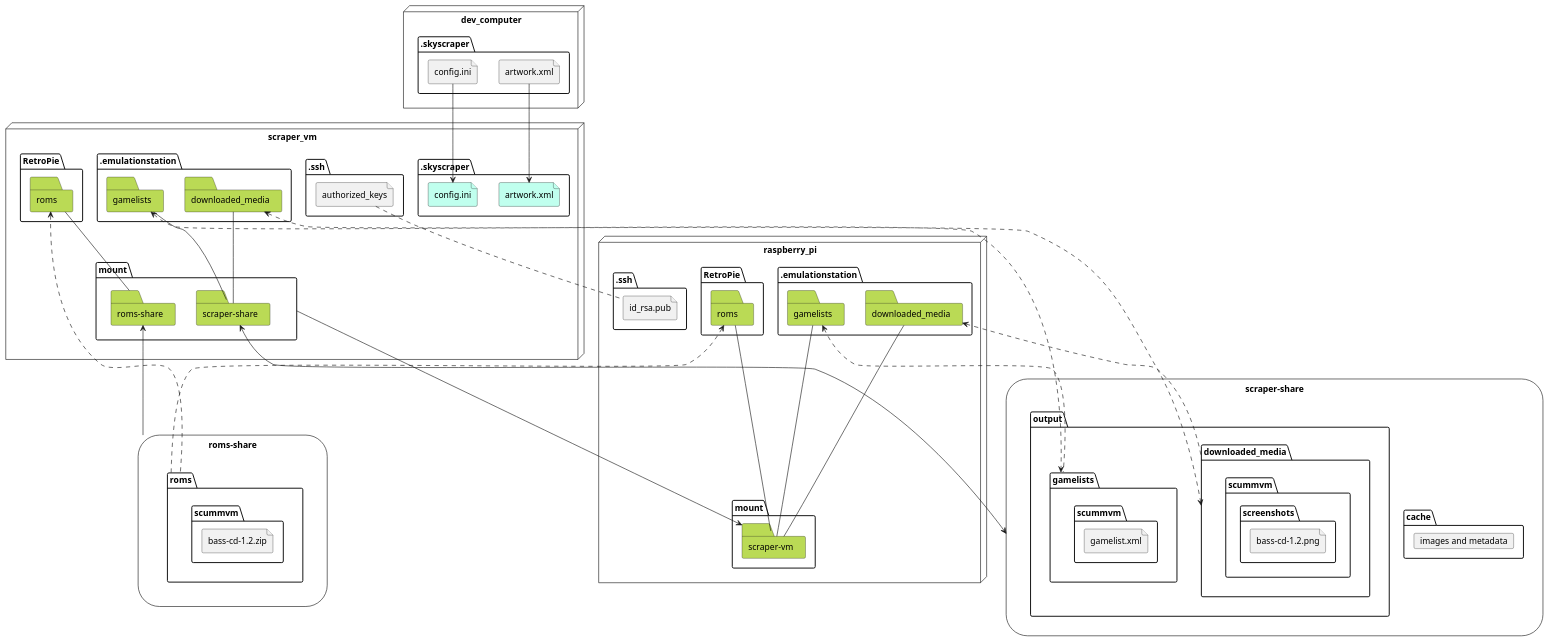
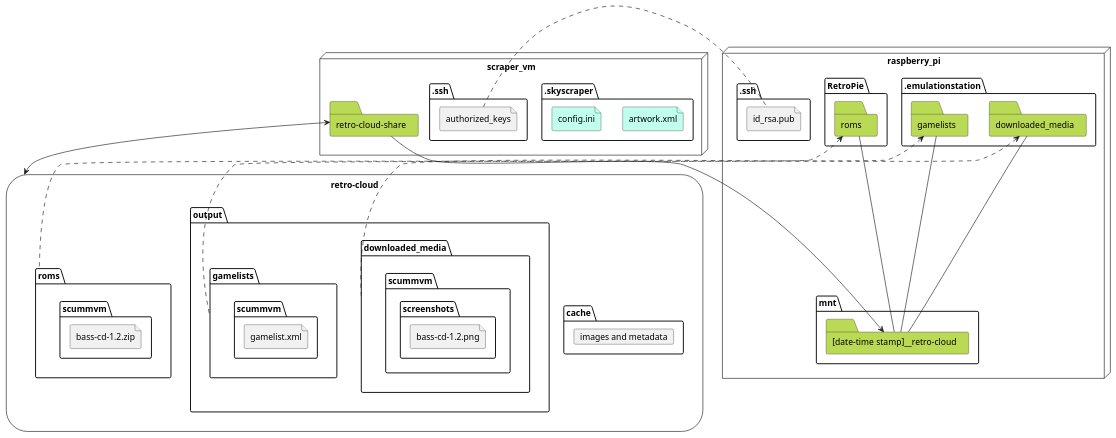
Before and after one commit to seriema/retro-cloud: the diagram in diagrams/filestructure.plantuml, drawn with PlantUML. The commit also changed 3 other files, not shown here.

First line of the commit message:
docs: Update diagrams

```diff
--- a/diagrams/filestructure.plantuml
+++ b/diagrams/filestructure.plantuml
@@ -1,107 +1,73 @@
 @startuml filestructure
 
-storage "roms-share" as roms_share {
-    folder roms as roms_roms {
-        folder "scummvm" as roms_scummvm {
-            file "bass-cd-1.2.zip"
-        }
-    }
-}
-
-storage "scraper-share" as scraper_share {
+storage "retro-cloud" as scraper_share {
     folder cache {
         card "images and metadata"
     }
     folder output {
         folder downloaded_media as scraper_downloadedmedia {
             folder "scummvm" as scraper_downloadedmedia_scummvm {
                 folder screenshots {
                     file "bass-cd-1.2.png"
                 }
             }
         }
         folder gamelists as scraper_gamelists {
             folder "scummvm" as scraper_gamelists_scummvm {
                 file "gamelist.xml"
             }
         }
     }
+    folder roms as roms_roms {
+        folder "scummvm" as roms_scummvm {
+            file "bass-cd-1.2.zip"
+        }
+    }
 }
 
 node raspberry_pi {
     folder ".emulationstation" as raspberrypi_emulationstation {
         folder downloaded_media as raspberrypi_downloaded_media #BADA55
         folder gamelists as raspberrypi_gamelists #BADA55
     }
     folder RetroPie as raspberrpi_retropie {
         folder roms as raspberrypi_roms #BADA55
     }
     folder ".ssh" as raspberrypi_ssh {
         file "id_rsa.pub" as id_rsa
     }
-    folder mount as raspberrypi_mount {
-        folder "scraper-vm" as raspberrypi_scrapervm #BADA55
+    folder mnt as raspberrypi_mount {
+        folder "[date-time stamp]__retro-cloud" as raspberrypi_scrapervm #BADA55
     }
 }
 
 node scraper_vm {
     folder ".skyscraper" as scrapervm_skyscraper {
         file "artwork.xml" as scrapervm_artwork #C0FFEE
         file "config.ini" as scrapervm_config #C0FFEE
     }
-    folder ".emulationstation" as scrapervm_emulationstation {
-        folder downloaded_media as scrapervm_downloaded_media #BADA55
-        folder gamelists as scrapervm_gamelists #BADA55
-    }
-    folder "RetroPie" as scrapervm_retropie {
-        folder roms as scrapervm_roms #BADA55
-    }
     folder ".ssh" {
         file authorized_keys
     }
-    folder mount as scrapervm_mount {
-        folder "scraper-share" as scrapervm_scrapershare #BADA55
-        folder "roms-share" as scrapervm_romsshare #BADA55
-    }
+    folder "retro-cloud-share" as scrapervm_mount #BADA55
 }
-
-node dev_computer {
-    folder ".skyscraper" as dev_skyscraper {
-        file "artwork.xml" as dev_artwork
-        file "config.ini" as dev_config
-    }
-}
-
-' DEV COMPUTER
-' files to send at setup
-dev_artwork --> scrapervm_artwork
-dev_config --> scrapervm_config
 
 ' RASPBERRY PI
 ' relation
 authorized_keys .. id_rsa
 ' mounts
 raspberrypi_scrapervm <-- scrapervm_mount
 ' symlinks
 raspberrypi_gamelists -- raspberrypi_scrapervm
 raspberrypi_downloaded_media -- raspberrypi_scrapervm
 raspberrypi_roms -- raspberrypi_scrapervm
 ' actual dependencies
 raspberrypi_gamelists <.. scraper_gamelists
 raspberrypi_downloaded_media <.. scraper_downloadedmedia
 raspberrypi_roms <.. roms_roms
 
 ' SCRAPER VM
 ' mounts
-scrapervm_scrapershare <--> scraper_share
-scrapervm_romsshare <-- roms_share
-' symlinks
-scrapervm_gamelists -- scrapervm_scrapershare
-scrapervm_downloaded_media -- scrapervm_scrapershare
-scrapervm_roms -- scrapervm_romsshare
-' actual dependencies
-scrapervm_gamelists <..> scraper_gamelists
-scrapervm_downloaded_media <..> scraper_downloadedmedia
-scrapervm_roms <.. roms_roms
+scrapervm_mount <--> scraper_share
 
 @enduml
```
